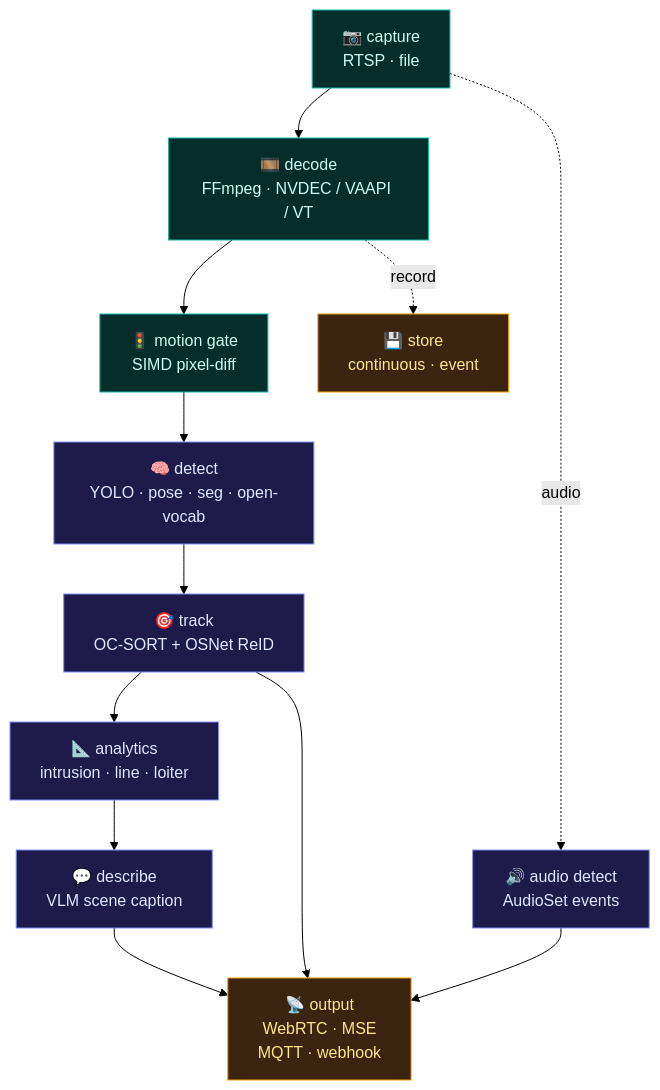
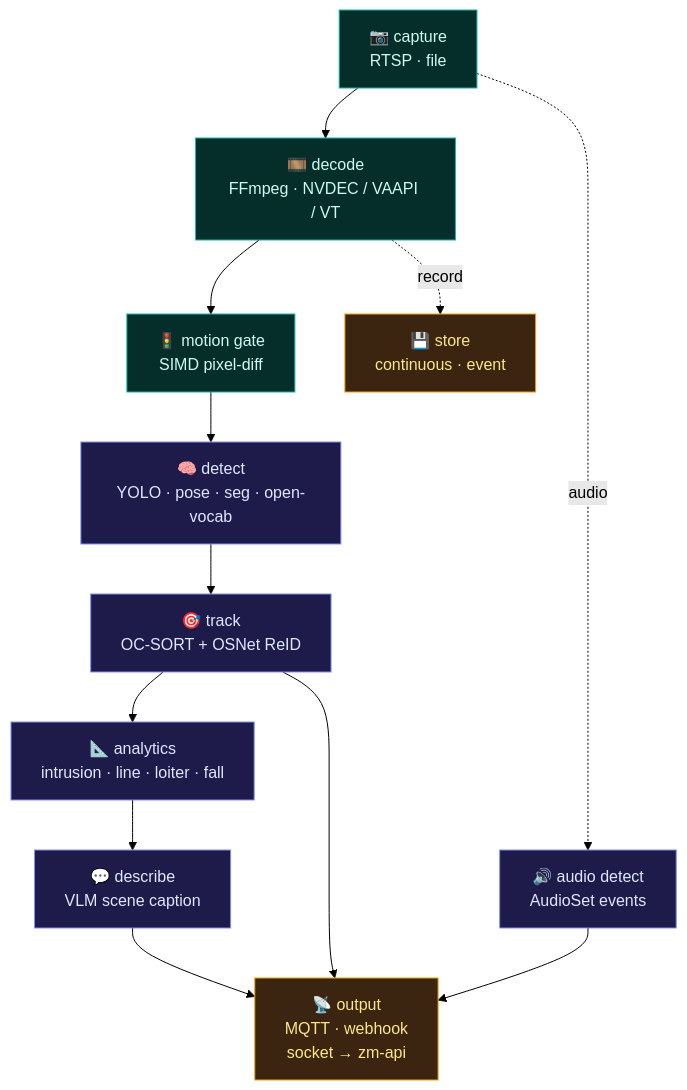
The second of 2 diagrams in README.md (SteveGilvarry/zm-next), drawn with Mermaid (forest theme) before and after one commit. The commit also changed other lines of this file and 8 other files, not shown here.

````diff
--- a/README.md
+++ b/README.md
@@ -54,26 +54,26 @@
 ```mermaid
 flowchart TB
     cap["📷 capture<br/>RTSP · file"]
     dec["🎞️ decode<br/>FFmpeg · NVDEC / VAAPI / VT"]
     mo["🚦 motion gate<br/>SIMD pixel-diff"]
     det["🧠 detect<br/>YOLO · pose · seg · open-vocab"]
     trk["🎯 track<br/>OC-SORT + OSNet ReID"]
-    an["📐 analytics<br/>intrusion · line · loiter"]
+    an["📐 analytics<br/>intrusion · line · loiter · fall"]
     vlm["💬 describe<br/>VLM scene caption"]
     aud["🔊 audio detect<br/>AudioSet events"]
     st["💾 store<br/>continuous · event"]
-    out["📡 output<br/>WebRTC · MSE<br/>MQTT · webhook"]
+    out["📡 output<br/>MQTT · webhook<br/>socket → zm-api"]
 
     cap --> dec --> mo --> det --> trk --> an --> vlm --> out
     cap -. audio .-> aud
     dec -. record .-> st
     aud --> out
     trk --> out
 
     classDef io fill:#052e2b,stroke:#14b8a6,color:#ccfbf1
     classDef ai fill:#1e1b4b,stroke:#818cf8,color:#e0e7ff
     classDef sink fill:#3b2410,stroke:#f59e0b,color:#fde68a
     class cap,dec,mo io
     class det,trk,an,vlm,aud ai
     class st,out sink
 ```
````
